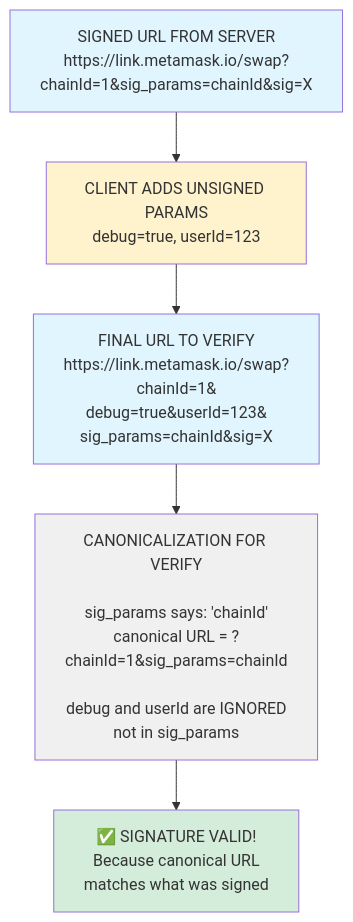
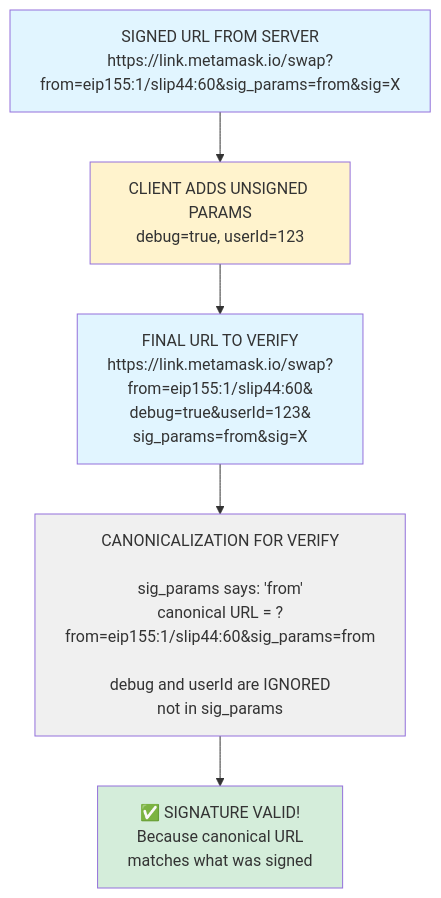
Before and after one commit to MetaMask/metamask-mobile: the fourth of 13 diagrams in docs/readme/deeplinking-graphs.md, drawn with Mermaid. The commit also changed other lines of this file and 3 other files, not shown here.

````diff
--- a/docs/readme/deeplinking-graphs.md
+++ b/docs/readme/deeplinking-graphs.md
@@ -134,18 +161,18 @@
 ```mermaid
 flowchart TD
-    Server[SIGNED URL FROM SERVER<br/>https://link.metamask.io/swap?<br/>chainId=1&sig_params=chainId&sig=X]
+    Server[SIGNED URL FROM SERVER<br/>https://link.metamask.io/swap?<br/>from=eip155:1/slip44:60&sig_params=from&sig=X]
 
     Server --> Client[CLIENT ADDS UNSIGNED PARAMS<br/>debug=true, userId=123]
 
-    Client --> Final[FINAL URL TO VERIFY<br/>https://link.metamask.io/swap?chainId=1&<br/>debug=true&userId=123&<br/>sig_params=chainId&sig=X]
+    Client --> Final[FINAL URL TO VERIFY<br/>https://link.metamask.io/swap?from=eip155:1/slip44:60&<br/>debug=true&userId=123&<br/>sig_params=from&sig=X]
 
-    Final --> Canonicalize[CANONICALIZATION FOR VERIFY<br/><br/>sig_params says: 'chainId'<br/>canonical URL = ?chainId=1&sig_params=chainId<br/><br/>debug and userId are IGNORED<br/>not in sig_params]
+    Final --> Canonicalize[CANONICALIZATION FOR VERIFY<br/><br/>sig_params says: 'from'<br/>canonical URL = ?from=eip155:1/slip44:60&sig_params=from<br/><br/>debug and userId are IGNORED<br/>not in sig_params]
 
     Canonicalize --> Valid[✅ SIGNATURE VALID!<br/>Because canonical URL<br/>matches what was signed]
 
     style Server fill:#e1f5ff
     style Client fill:#fff3cd
     style Final fill:#e1f5ff
     style Canonicalize fill:#f0f0f0
     style Valid fill:#d4edda
 ```
````
